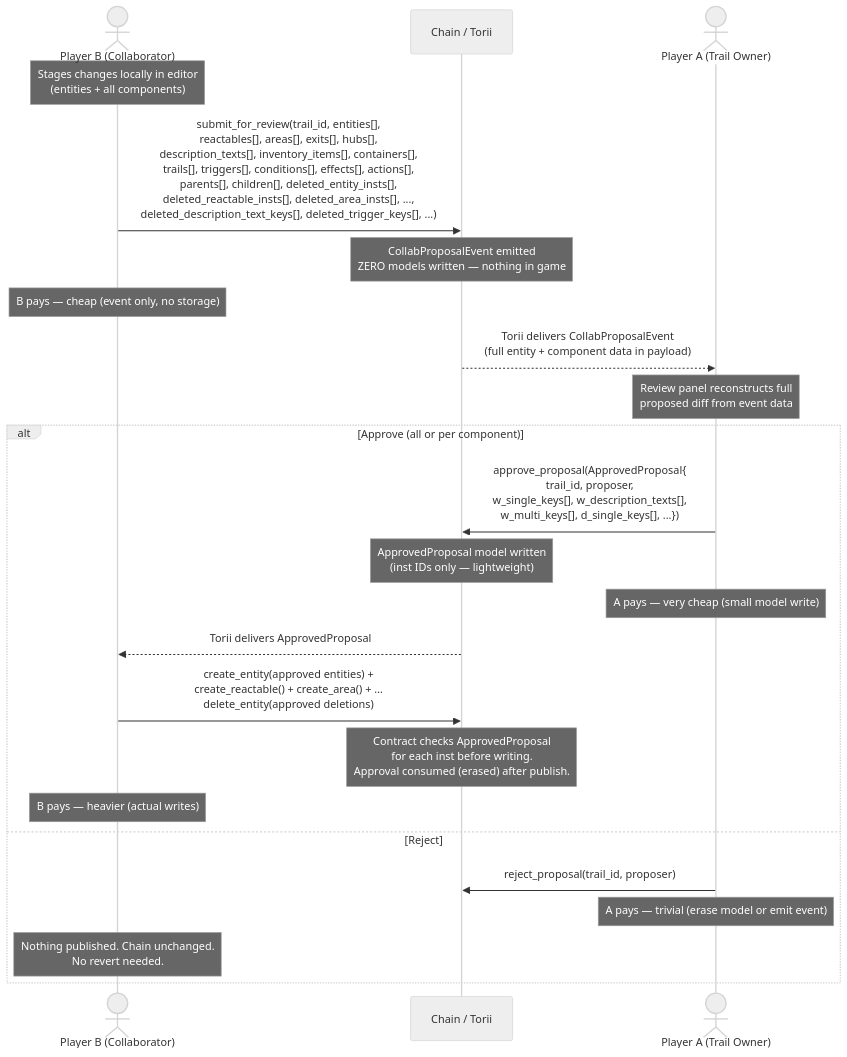
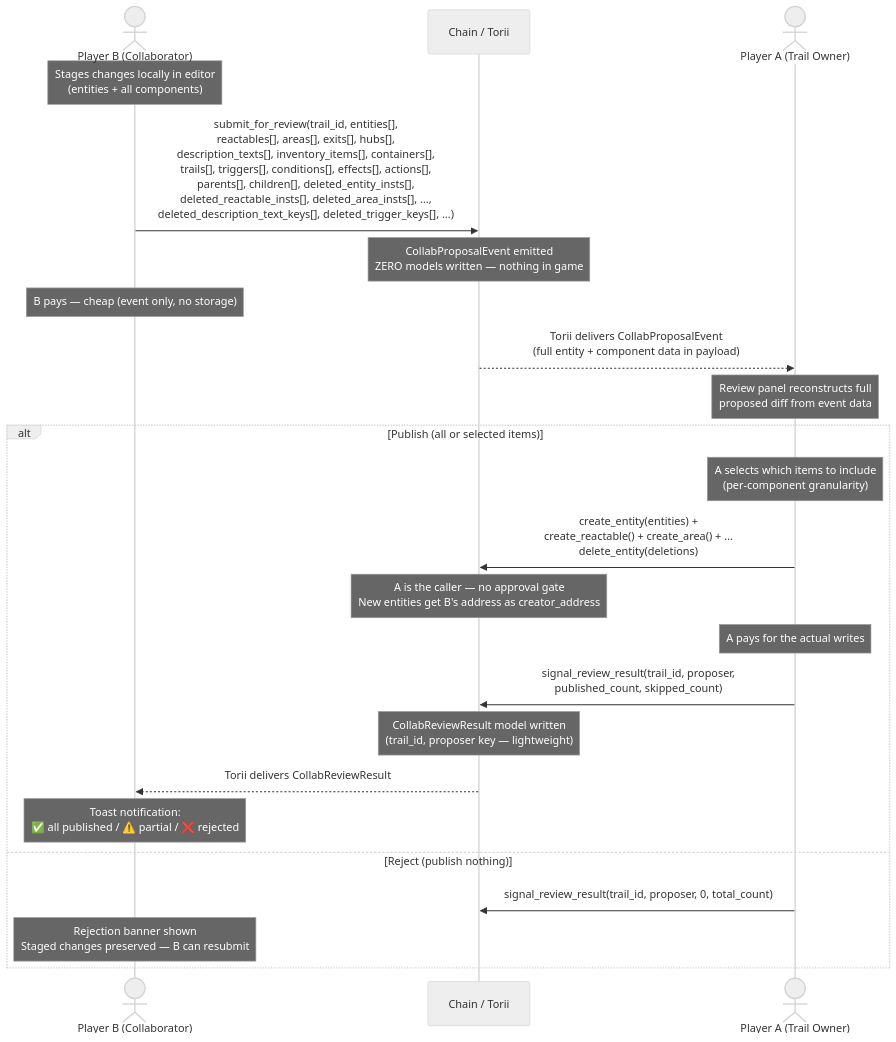
Before and after one commit to ArchetypalTech/LORE: the second of 2 diagrams in docs/Collaborative Feature/collab-proposals-flow.md, drawn with Mermaid (neutral theme). The commit also changed other lines of this file and 16 other files, not shown here.

First line of the commit message:
chore: adjust collaborative pipeline. Owner now published all changes (#366)

````diff
--- a/docs/Collaborative Feature/collab-proposals-flow.md
+++ b/docs/Collaborative Feature/collab-proposals-flow.md
@@ -143,33 +109,32 @@
 ```mermaid
 sequenceDiagram
     actor B as Player B (Collaborator)
     participant Chain as Chain / Torii
     actor A as Player A (Trail Owner)
 
     Note over B: Stages changes locally in editor<br/>(entities + all components)
 
     B->>Chain: submit_for_review(trail_id, entities[],<br/>reactables[], areas[], exits[], hubs[],<br/>description_texts[], inventory_items[], containers[],<br/>trails[], triggers[], conditions[], effects[], actions[],<br/>parents[], children[], deleted_entity_insts[],<br/>deleted_reactable_insts[], deleted_area_insts[], ...,<br/>deleted_description_text_keys[], deleted_trigger_keys[], ...)
     Note over Chain: CollabProposalEvent emitted<br/>ZERO models written — nothing in game
     Note over B: B pays — cheap (event only, no storage)
 
     Chain-->>A: Torii delivers CollabProposalEvent<br/>(full entity + component data in payload)
 
     Note over A: Review panel reconstructs full<br/>proposed diff from event data
 
-    alt Approve (all or per component)
-        A->>Chain: approve_proposal(ApprovedProposal{<br/>trail_id, proposer,<br/>w_single_keys[], w_description_texts[],<br/>w_multi_keys[], d_single_keys[], ...})
-        Note over Chain: ApprovedProposal model written<br/>(inst IDs only — lightweight)
-        Note over A: A pays — very cheap (small model write)
+    alt Publish (all or selected items)
+        Note over A: A selects which items to include<br/>(per-component granularity)
+        A->>Chain: create_entity(entities) +<br/>create_reactable() + create_area() + …<br/>delete_entity(deletions)
+        Note over Chain: A is the caller — no approval gate<br/>New entities get B's address as creator_address
+        Note over A: A pays for the actual writes
 
-        Chain-->>B: Torii delivers ApprovedProposal
+        A->>Chain: signal_review_result(trail_id, proposer,<br/>published_count, skipped_count)
+        Note over Chain: CollabReviewResult model written<br/>(trail_id, proposer key — lightweight)
 
-        B->>Chain: create_entity(approved entities) +<br/>create_reactable() + create_area() + …<br/>delete_entity(approved deletions)
-        Note over Chain: Contract checks ApprovedProposal<br/>for each inst before writing.<br/>Approval consumed (erased) after publish.
-        Note over B: B pays — heavier (actual writes)
-
-    else Reject
-        A->>Chain: reject_proposal(trail_id, proposer)
-        Note over A: A pays — trivial (erase model or emit event)
-        Note over B: Nothing published. Chain unchanged.<br/>No revert needed.
+        Chain-->>B: Torii delivers CollabReviewResult
+        Note over B: Toast notification:<br/>✅ all published / ⚠️ partial / ❌ rejected
+    else Reject (publish nothing)
+        A->>Chain: signal_review_result(trail_id, proposer, 0, total_count)
+        Note over B: Rejection banner shown<br/>Staged changes preserved — B can resubmit
     end
 ```
````
